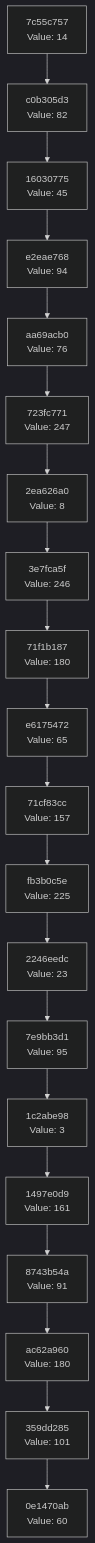
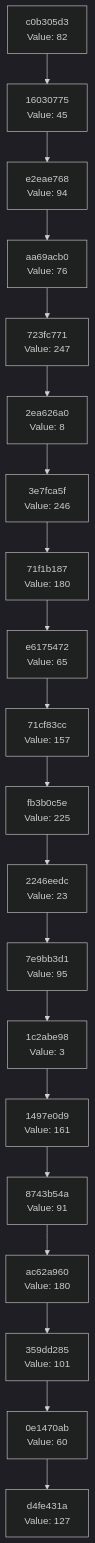
Before and after one commit to Abhisheksinha1506/hash-chain-evolver: the diagram in docs/CHAIN_VISUALIZATION.md, drawn with Mermaid (dark theme). The commit also changed 2 other files, not shown here.

Commit message:
Evolution Step

````diff
--- a/docs/CHAIN_VISUALIZATION.md
+++ b/docs/CHAIN_VISUALIZATION.md
@@ -3,42 +3,42 @@
 ```mermaid
 graph TD
-    C0["0e1470ab<br/>Value: 60"]
-    C1["359dd285<br/>Value: 101"]
+    C0["d4fe431a<br/>Value: 127"]
+    C1["0e1470ab<br/>Value: 60"]
     C1 --> C0
-    C2["ac62a960<br/>Value: 180"]
+    C2["359dd285<br/>Value: 101"]
     C2 --> C1
-    C3["8743b54a<br/>Value: 91"]
+    C3["ac62a960<br/>Value: 180"]
     C3 --> C2
-    C4["1497e0d9<br/>Value: 161"]
+    C4["8743b54a<br/>Value: 91"]
     C4 --> C3
-    C5["1c2abe98<br/>Value: 3"]
+    C5["1497e0d9<br/>Value: 161"]
     C5 --> C4
-    C6["7e9bb3d1<br/>Value: 95"]
+    C6["1c2abe98<br/>Value: 3"]
     C6 --> C5
-    C7["2246eedc<br/>Value: 23"]
+    C7["7e9bb3d1<br/>Value: 95"]
     C7 --> C6
-    C8["fb3b0c5e<br/>Value: 225"]
+    C8["2246eedc<br/>Value: 23"]
     C8 --> C7
-    C9["71cf83cc<br/>Value: 157"]
+    C9["fb3b0c5e<br/>Value: 225"]
     C9 --> C8
-    C10["e6175472<br/>Value: 65"]
+    C10["71cf83cc<br/>Value: 157"]
     C10 --> C9
-    C11["71f1b187<br/>Value: 180"]
+    C11["e6175472<br/>Value: 65"]
     C11 --> C10
-    C12["3e7fca5f<br/>Value: 246"]
+    C12["71f1b187<br/>Value: 180"]
     C12 --> C11
-    C13["2ea626a0<br/>Value: 8"]
+    C13["3e7fca5f<br/>Value: 246"]
     C13 --> C12
-    C14["723fc771<br/>Value: 247"]
+    C14["2ea626a0<br/>Value: 8"]
     C14 --> C13
-    C15["aa69acb0<br/>Value: 76"]
+    C15["723fc771<br/>Value: 247"]
     C15 --> C14
-    C16["e2eae768<br/>Value: 94"]
+    C16["aa69acb0<br/>Value: 76"]
     C16 --> C15
-    C17["16030775<br/>Value: 45"]
+    C17["e2eae768<br/>Value: 94"]
     C17 --> C16
-    C18["c0b305d3<br/>Value: 82"]
+    C18["16030775<br/>Value: 45"]
     C18 --> C17
-    C19["7c55c757<br/>Value: 14"]
+    C19["c0b305d3<br/>Value: 82"]
     C19 --> C18
 ```
````
